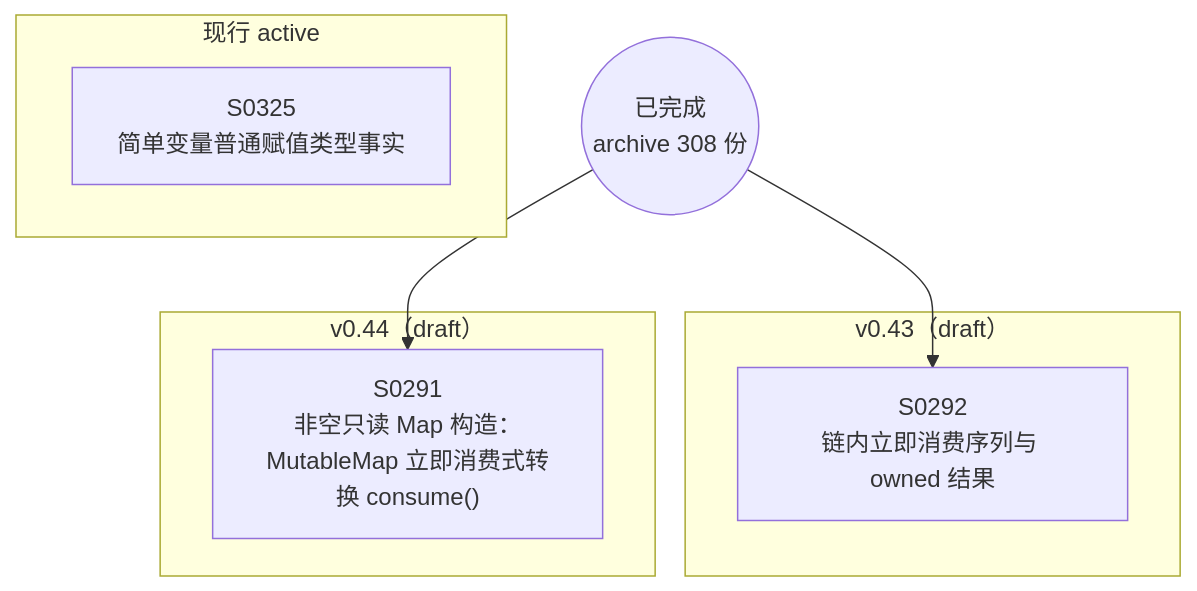
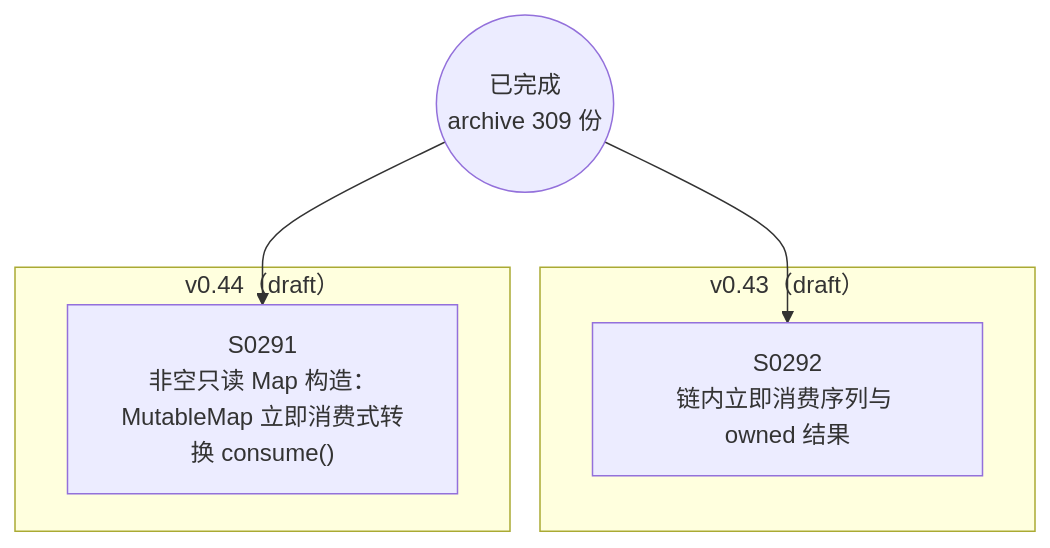
One commit to Halckon/Koven changed the diagram in docs/specs/dependency-graph.md. Above: the diagram before and after it, drawn with Mermaid. The commit also changed other lines of this file and 11 other files, not shown here.

````diff
--- a/docs/specs/dependency-graph.md
+++ b/docs/specs/dependency-graph.md
@@ -9,15 +9,12 @@
 ```mermaid
 flowchart TD
-ARCH(("已完成<br/>archive 308 份"))
-subgraph Gactive["现行 active"]
-  S0325["S0325<br/>简单变量普通赋值类型事实"]
-end
+ARCH(("已完成<br/>archive 309 份"))
 subgraph Gdrafts_v043["v0.43（draft）"]
   S0292["S0292<br/>链内立即消费序列与 owned 结果"]
 end
 subgraph Gdrafts_v044["v0.44（draft）"]
   S0291["S0291<br/>非空只读 Map 构造：MutableMap 立即消费式转换 consume()"]
 end
 ARCH --> S0291
 ARCH --> S0292
 ```
````
